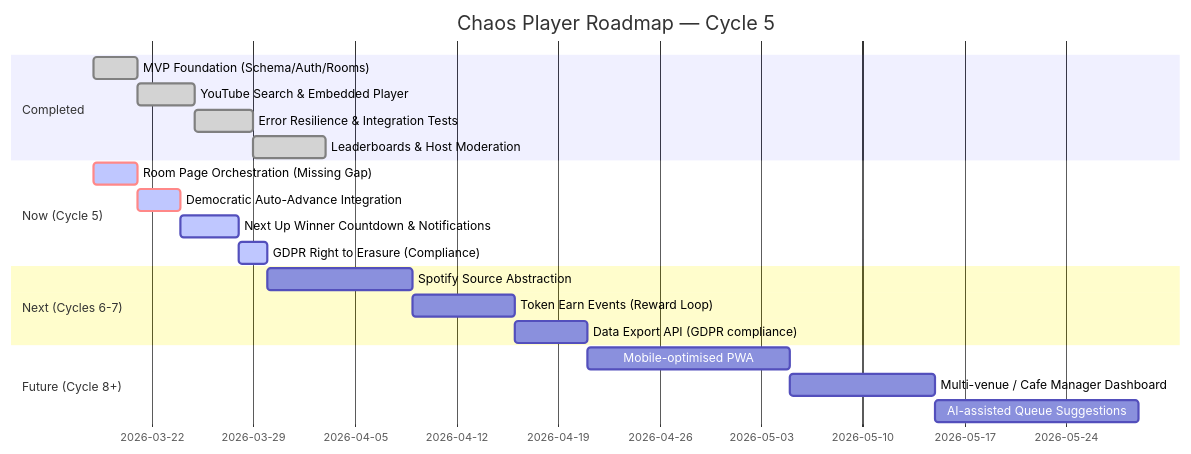
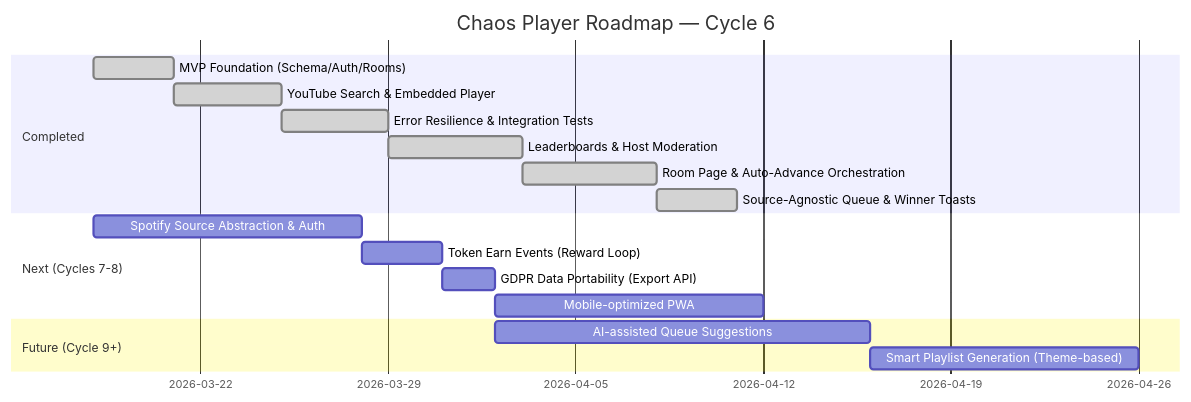
Before and after one commit to akozma89/chaos-player: the diagram in ROADMAP.md, drawn with Mermaid. The commit also changed 27 other files, not shown here.

Commit message:
feat(queue): implement source-agnostic architecture, winner notifications, and countdown UI

````diff
--- a/ROADMAP.md
+++ b/ROADMAP.md
@@ -3,27 +3,23 @@
 ```mermaid
 gantt
-  title Chaos Player Roadmap — Cycle 5
+  title Chaos Player Roadmap — Cycle 6
   dateFormat YYYY-MM-DD
 
   section Completed
     MVP Foundation (Schema/Auth/Rooms)          :done, c1, 2026-03-18, 3d
     YouTube Search & Embedded Player            :done, c2, after c1, 4d
     Error Resilience & Integration Tests        :done, c3, after c2, 4d
     Leaderboards & Host Moderation              :done, c4, after c3, 5d
+    Room Page & Auto-Advance Orchestration      :done, c5, after c4, 5d
+    Source-Agnostic Queue & Winner Toasts       :done, c6, after c5, 3d
 
-  section Now (Cycle 5)
-    Room Page Orchestration (Missing Gap)       :crit, active, c5a, 2026-03-18, 3d
-    Democratic Auto-Advance Integration         :crit, active, c5b, after c5a, 3d
-    Next Up Winner Countdown & Notifications    :active, c5c, after c5b, 4d
-    GDPR Right to Erasure (Compliance)          :active, c5d, after c5c, 2d
+  section Next (Cycles 7-8)
+    Spotify Source Abstraction & Auth           :next1, 2026-03-18, 10d
+    Token Earn Events (Reward Loop)             :next2, after next1, 3d
+    GDPR Data Portability (Export API)          :next3, after next2, 2d
+    Mobile-optimized PWA                        :next4, after next3, 10d
 
-  section Next (Cycles 6-7)
-    Spotify Source Abstraction                  :next1, after c5d, 10d
-    Token Earn Events (Reward Loop)             :next2, after next1, 7d
-    Data Export API (GDPR compliance)           :next3, after next2, 5d
-
-  section Future (Cycle 8+)
-    Mobile-optimised PWA                        :future1, after next3, 14d
-    Multi-venue / Cafe Manager Dashboard        :future2, after future1, 10d
-    AI-assisted Queue Suggestions               :future3, after future2, 14d
+  section Future (Cycle 9+)
+    AI-assisted Queue Suggestions               :future1, after next3, 14d
+    Smart Playlist Generation (Theme-based)     :future2, after future1, 10d
 ```
````
